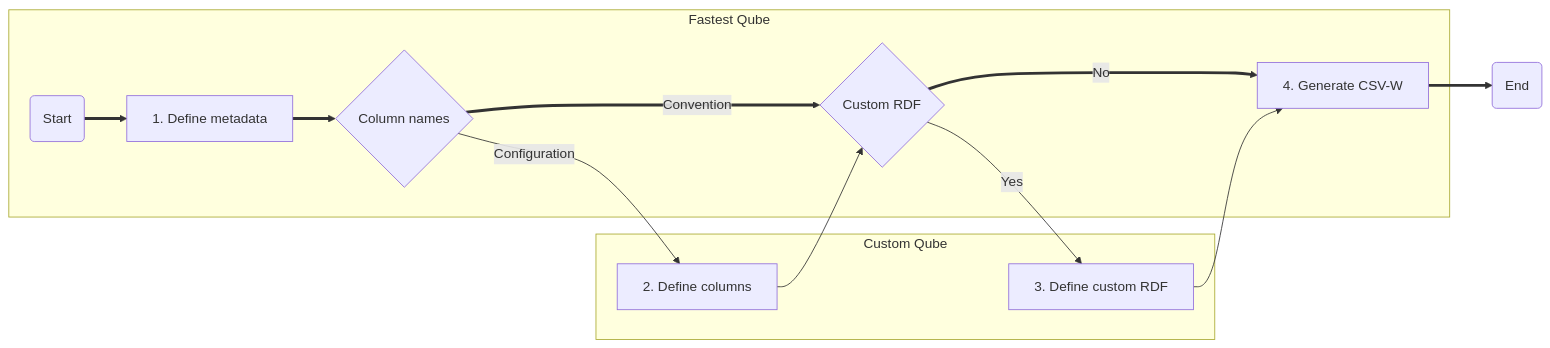
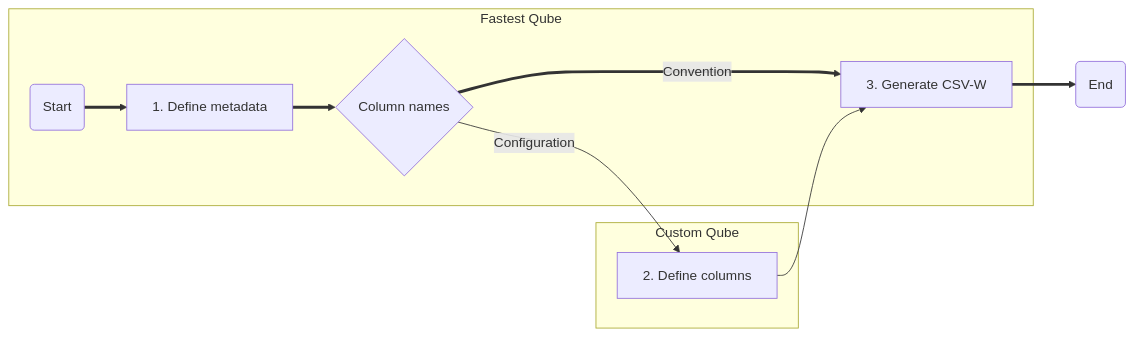
Before and after one commit to ONSdigital/csvcubed: the diagram in external-docs/docs/guides/qube-config.md, drawn with Mermaid. The commit also changed 2 other files, not shown here.

Commit message:
Merging, deleting, updating, yaml

````diff
--- a/external-docs/docs/guides/qube-config.md
+++ b/external-docs/docs/guides/qube-config.md
@@ -17,15 +17,13 @@
 ```mermaid
 graph LR
 	subgraph "Fastest Qube"
 		A(Start) ==> B[1. Define metadata];
 		B ==> C{"Column names"};
-		C == Convention ==> D{"Custom RDF"};
-		D == No ==> E;
+		C == Convention ==> D
 	end
 	subgraph "Custom Qube"
 		C -- Configuration --> 1["2. Define columns"] --> D;
-		D -- Yes --> 2["3. Define custom RDF"] --> E;
 	end
 	
-	E["4. Generate CSV-W"] ==> F(End);
+	D["3. Generate CSV-W"] ==> F(End);
 ```
````
